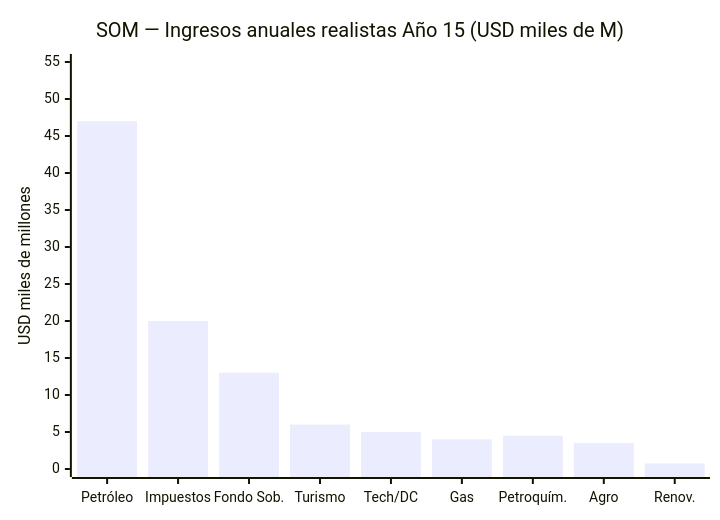
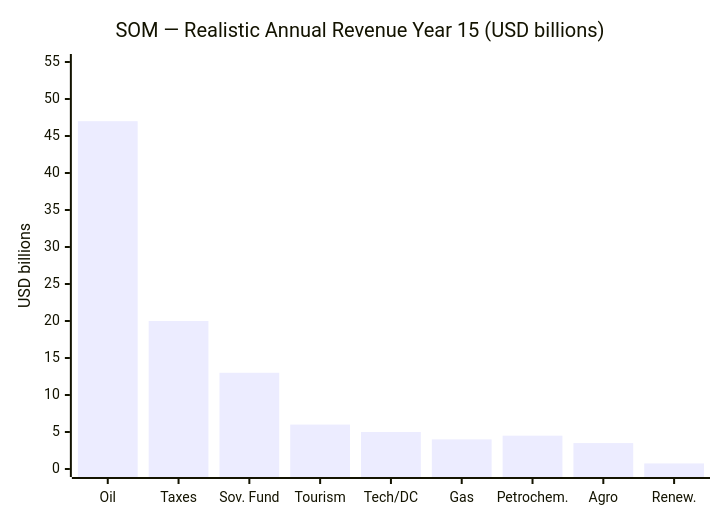
The second of 3 diagrams in i18n/en/docusaurus-plugin-content-docs/current/08-pitch/tam-sam-som.md (Venezuela-S-A/venezuela-sa), drawn with Mermaid before and after one commit. The commit also changed other lines of this file and 127 other files, not shown here.

````diff
--- a/i18n/en/docusaurus-plugin-content-docs/current/08-pitch/tam-sam-som.md
+++ b/i18n/en/docusaurus-plugin-content-docs/current/08-pitch/tam-sam-som.md
@@ -66,7 +66,7 @@
 ```mermaid
 xychart-beta
-    title "SOM — Ingresos anuales realistas Año 15 (USD miles de M)"
-    x-axis ["Petróleo", "Impuestos", "Fondo Sob.", "Turismo", "Tech/DC", "Gas", "Petroquím.", "Agro", "Renov."]
-    y-axis "USD miles de millones" 0 --> 55
+    title "SOM — Realistic Annual Revenue Year 15 (USD billions)"
+    x-axis ["Oil", "Taxes", "Sov. Fund", "Tourism", "Tech/DC", "Gas", "Petrochem.", "Agro", "Renew."]
+    y-axis "USD billions" 0 --> 55
     bar [47, 20, 13, 6, 5, 4, 4.5, 3.5, 0.75]
 ```
````
